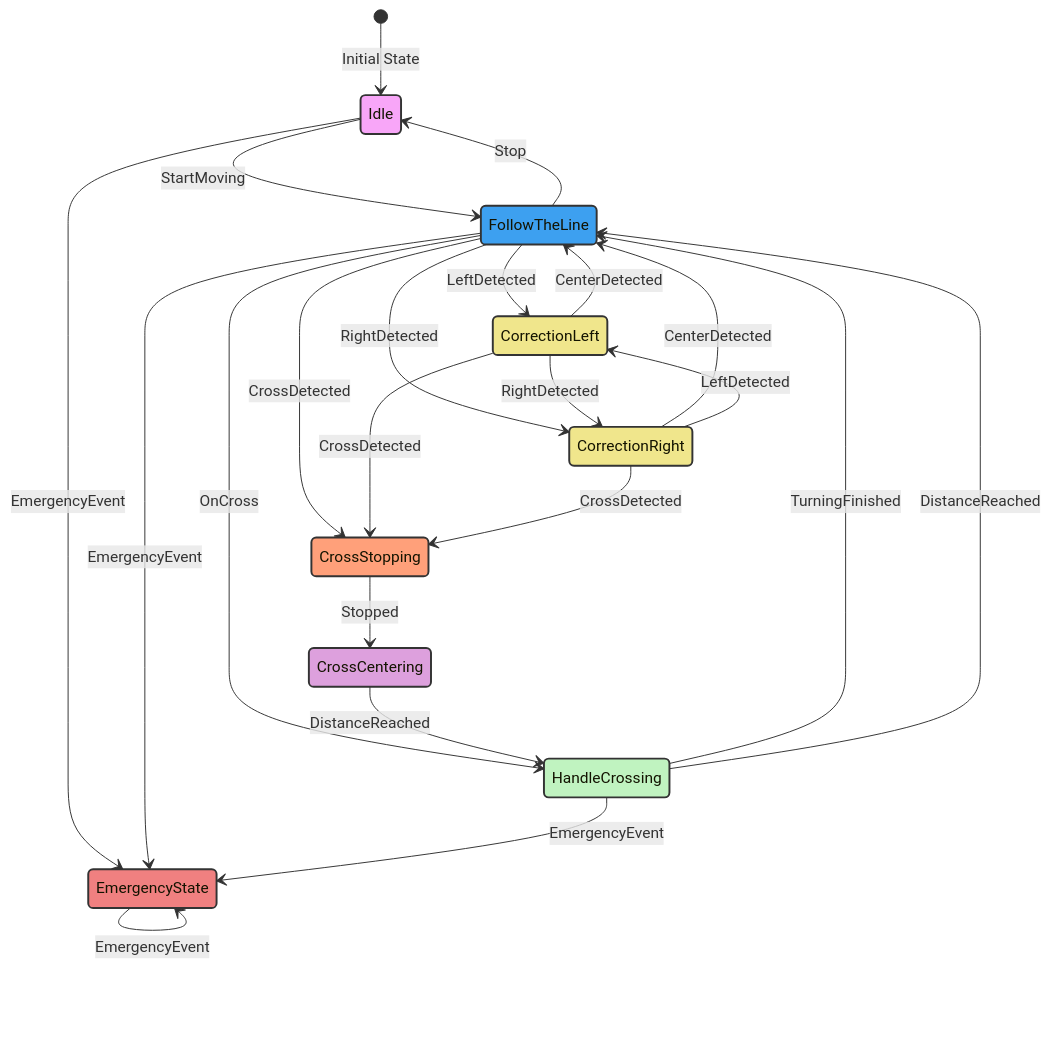
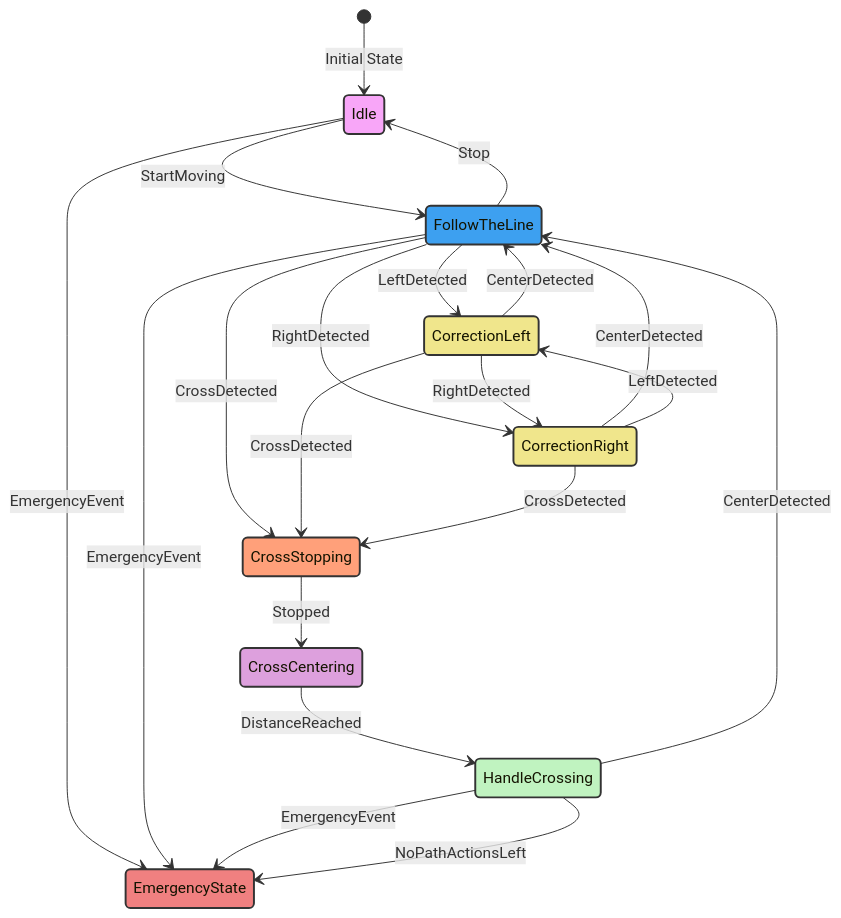
One commit to tkubica12/robutek changed the diagram in docs/RobotStateMachine.md. Above: the diagram before and after it, drawn with Mermaid. The commit also changed 7 other files, not shown here.

````diff
--- a/docs/RobotStateMachine.md
+++ b/docs/RobotStateMachine.md
@@ -1,34 +1,32 @@
 ```mermaid
 stateDiagram
     [*] --> Idle: Initial State
     Idle --> FollowTheLine: StartMoving
     Idle --> EmergencyState: EmergencyEvent
     state FollowTheLine
     FollowTheLine --> Idle: Stop
-    FollowTheLine --> HandleCrossing: OnCross
     FollowTheLine --> EmergencyState: EmergencyEvent
     FollowTheLine --> CorrectionLeft: LeftDetected
     FollowTheLine --> CorrectionRight: RightDetected
     FollowTheLine --> CrossStopping: CrossDetected
-    HandleCrossing --> FollowTheLine: TurningFinished
     HandleCrossing --> EmergencyState: EmergencyEvent
-    HandleCrossing --> FollowTheLine: DistanceReached
+    HandleCrossing --> EmergencyState: NoPathActionsLeft
+    HandleCrossing --> FollowTheLine: CenterDetected
     CorrectionLeft --> FollowTheLine: CenterDetected
     CorrectionLeft --> CorrectionRight: RightDetected
     CorrectionLeft --> CrossStopping: CrossDetected
     CorrectionRight --> FollowTheLine: CenterDetected
     CorrectionRight --> CorrectionLeft: LeftDetected
     CorrectionRight --> CrossStopping: CrossDetected
     CrossStopping --> CrossCentering: Stopped
     CrossCentering --> HandleCrossing: DistanceReached
-    EmergencyState --> EmergencyState: EmergencyEvent
 
     style Idle fill:#f8a6f8,stroke:#333,stroke-width:2px
     style FollowTheLine fill:#3da0f0,stroke:#333,stroke-width:2px
     style HandleCrossing fill:#c0f3c0,stroke:#333,stroke-width:2px
     style CorrectionLeft fill:#f0e68c,stroke:#333,stroke-width:2px
     style CorrectionRight fill:#f0e68c,stroke:#333,stroke-width:2px
     style CrossStopping fill:#ffa07a,stroke:#333,stroke-width:2px
     style CrossCentering fill:#dda0dd,stroke:#333,stroke-width:2px
     style EmergencyState fill:#f08080,stroke:#333,stroke-width:2px
 ```
````
